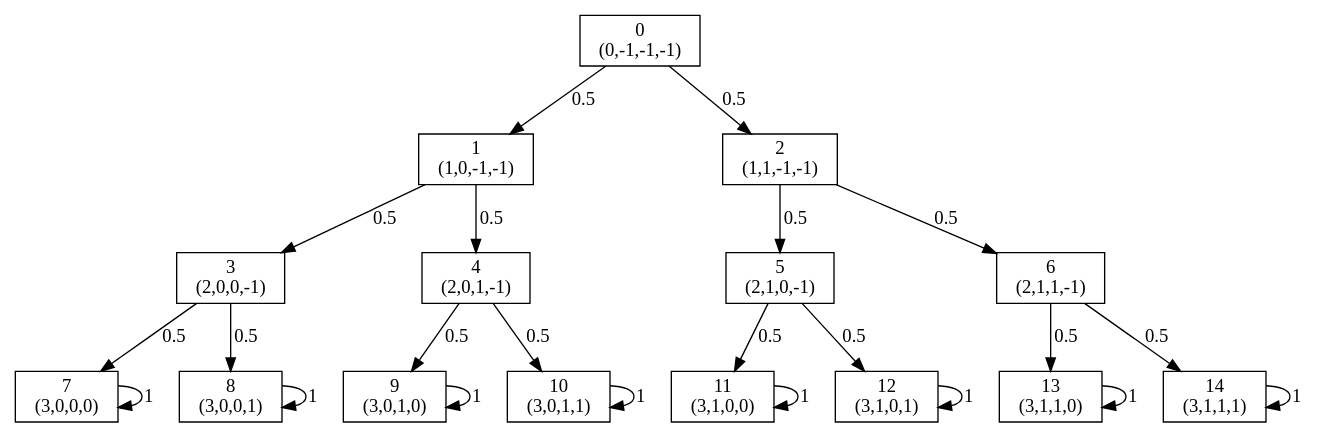
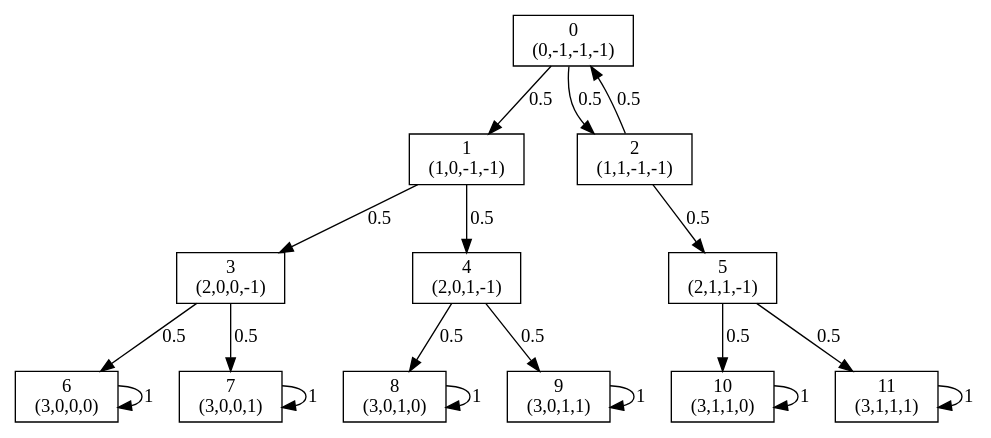
One commit to 1vanan/prism-api changed the diagram in dtmc.dot. Above: the diagram before and after it, drawn with Graphviz. The commit also changed 2 other files, not shown here.

```diff
--- a/dtmc.dot
+++ b/dtmc.dot
@@ -1,40 +1,33 @@
 digraph P {
 node [shape=box];
 0 -> 1 [ label="0.5" ];
 0 -> 2 [ label="0.5" ];
 1 -> 3 [ label="0.5" ];
 1 -> 4 [ label="0.5" ];
+2 -> 0 [ label="0.5" ];
 2 -> 5 [ label="0.5" ];
-2 -> 6 [ label="0.5" ];
+3 -> 6 [ label="0.5" ];
 3 -> 7 [ label="0.5" ];
-3 -> 8 [ label="0.5" ];
+4 -> 8 [ label="0.5" ];
 4 -> 9 [ label="0.5" ];
-4 -> 10 [ label="0.5" ];
+5 -> 10 [ label="0.5" ];
 5 -> 11 [ label="0.5" ];
-5 -> 12 [ label="0.5" ];
-6 -> 13 [ label="0.5" ];
-6 -> 14 [ label="0.5" ];
+6 -> 6 [ label="1" ];
 7 -> 7 [ label="1" ];
 8 -> 8 [ label="1" ];
 9 -> 9 [ label="1" ];
 10 -> 10 [ label="1" ];
 11 -> 11 [ label="1" ];
-12 -> 12 [ label="1" ];
-13 -> 13 [ label="1" ];
-14 -> 14 [ label="1" ];
 0 [label="0\n(0,-1,-1,-1)"];
 1 [label="1\n(1,0,-1,-1)"];
 2 [label="2\n(1,1,-1,-1)"];
 3 [label="3\n(2,0,0,-1)"];
 4 [label="4\n(2,0,1,-1)"];
-5 [label="5\n(2,1,0,-1)"];
-6 [label="6\n(2,1,1,-1)"];
-7 [label="7\n(3,0,0,0)"];
-8 [label="8\n(3,0,0,1)"];
-9 [label="9\n(3,0,1,0)"];
-10 [label="10\n(3,0,1,1)"];
-11 [label="11\n(3,1,0,0)"];
-12 [label="12\n(3,1,0,1)"];
-13 [label="13\n(3,1,1,0)"];
-14 [label="14\n(3,1,1,1)"];
+5 [label="5\n(2,1,1,-1)"];
+6 [label="6\n(3,0,0,0)"];
+7 [label="7\n(3,0,0,1)"];
+8 [label="8\n(3,0,1,0)"];
+9 [label="9\n(3,0,1,1)"];
+10 [label="10\n(3,1,1,0)"];
+11 [label="11\n(3,1,1,1)"];
 }
```
